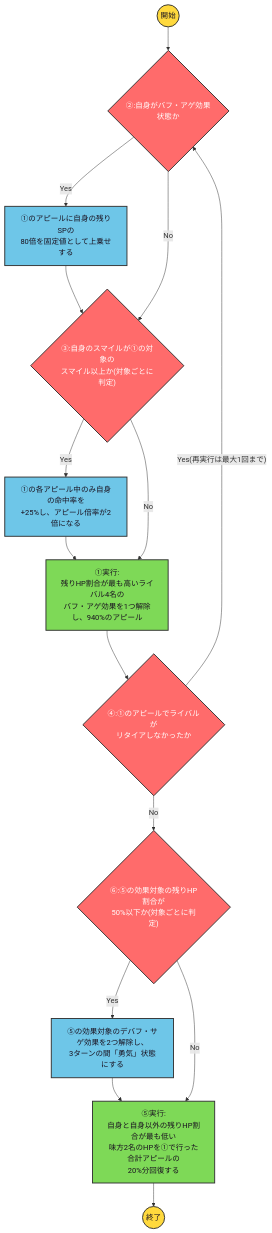
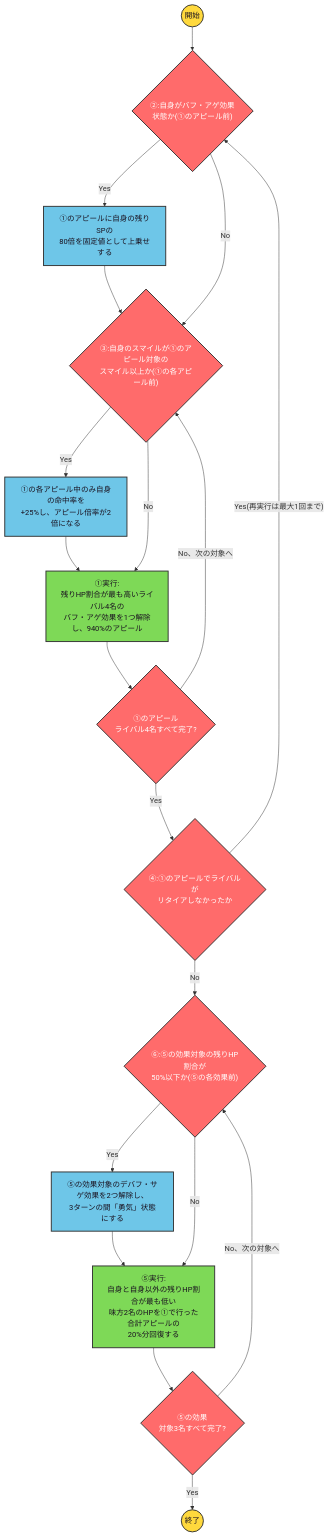
One commit to ryomochi0918/nogifra-characters changed the diagram in data/masuda_mirine/timelimitkataomoi_skill2.mmd. Above: the diagram before and after it, drawn with Mermaid. The commit also changed 3 other files, not shown here.

```diff
--- a/data/masuda_mirine/timelimitkataomoi_skill2.mmd
+++ b/data/masuda_mirine/timelimitkataomoi_skill2.mmd
@@ -1,21 +1,26 @@
 flowchart TD
     classDef startend fill:#FFD93D,stroke:#333,stroke-width:2px,color:#1a1220;
     classDef cond fill:#FF6B6B,stroke:#333,stroke-width:2px,color:#ffffff;
     classDef effect fill:#6EC6E8,stroke:#333,stroke-width:2px,color:#1a1220;
     classDef action fill:#7ED957,stroke:#333,stroke-width:2px,color:#1a1220;
 
     start(("開始")):::startend --> c2
-    c2{"②:自身がバフ・アゲ効果<br/>状態か"}:::cond
+    c2{"②:自身がバフ・アゲ効果<br/>状態か(①のアピール前)"}:::cond
     c2 -->|"Yes"| e2["①のアピールに自身の残りSPの<br/>80倍を固定値として上乗せする"]:::effect --> c3
-    c2 -->|"No"| c3{"③:自身のスマイルが①の対象の<br/>スマイル以上か(対象ごとに判定)"}:::cond
+    c2 -->|"No"| c3{"③:自身のスマイルが①のアピール対象の<br/>スマイル以上か(①の各アピール前)"}:::cond
 
     c3 -->|"Yes"| e3["①の各アピール中のみ自身の命中率を<br/>+25%し、アピール倍率が2倍になる"]:::effect --> a1
     c3 -->|"No"| a1["①実行:<br/>残りHP割合が最も高いライバル4名の<br/>バフ・アゲ効果を1つ解除し、940%のアピール"]:::action
 
-    a1 --> c4{"④:①のアピールでライバルが<br/>リタイアしなかったか"}:::cond
+    a1 --> lc1{"①のアピール<br/>ライバル4名すべて完了?"}:::cond
+    lc1 -->|"No、次の対象へ"| c3
+    lc1 -->|"Yes"| c4{"④:①のアピールでライバルが<br/>リタイアしなかったか"}:::cond
     c4 -->|"Yes(再実行は最大1回まで)"| c2
     c4 -->|"No"| c6
 
-    c6{"⑥:⑤の効果対象の残りHP割合が<br/>50%以下か(対象ごとに判定)"}:::cond
+    c6{"⑥:⑤の効果対象の残りHP割合が<br/>50%以下か(⑤の各効果前)"}:::cond
     c6 -->|"Yes"| e6["⑤の効果対象のデバフ・サゲ効果を2つ解除し、<br/>3ターンの間「勇気」状態にする"]:::effect --> a5
-    c6 -->|"No"| a5["⑤実行:<br/>自身と自身以外の残りHP割合が最も低い<br/>味方2名のHPを①で行った合計アピールの<br/>20%分回復する"]:::action --> finish(("終了")):::startend
+    c6 -->|"No"| a5["⑤実行:<br/>自身と自身以外の残りHP割合が最も低い<br/>味方2名のHPを①で行った合計アピールの<br/>20%分回復する"]:::action
+    a5 --> lc5{"⑤の効果<br/>対象3名すべて完了?"}:::cond
+    lc5 -->|"No、次の対象へ"| c6
+    lc5 -->|"Yes"| finish(("終了")):::startend
```
